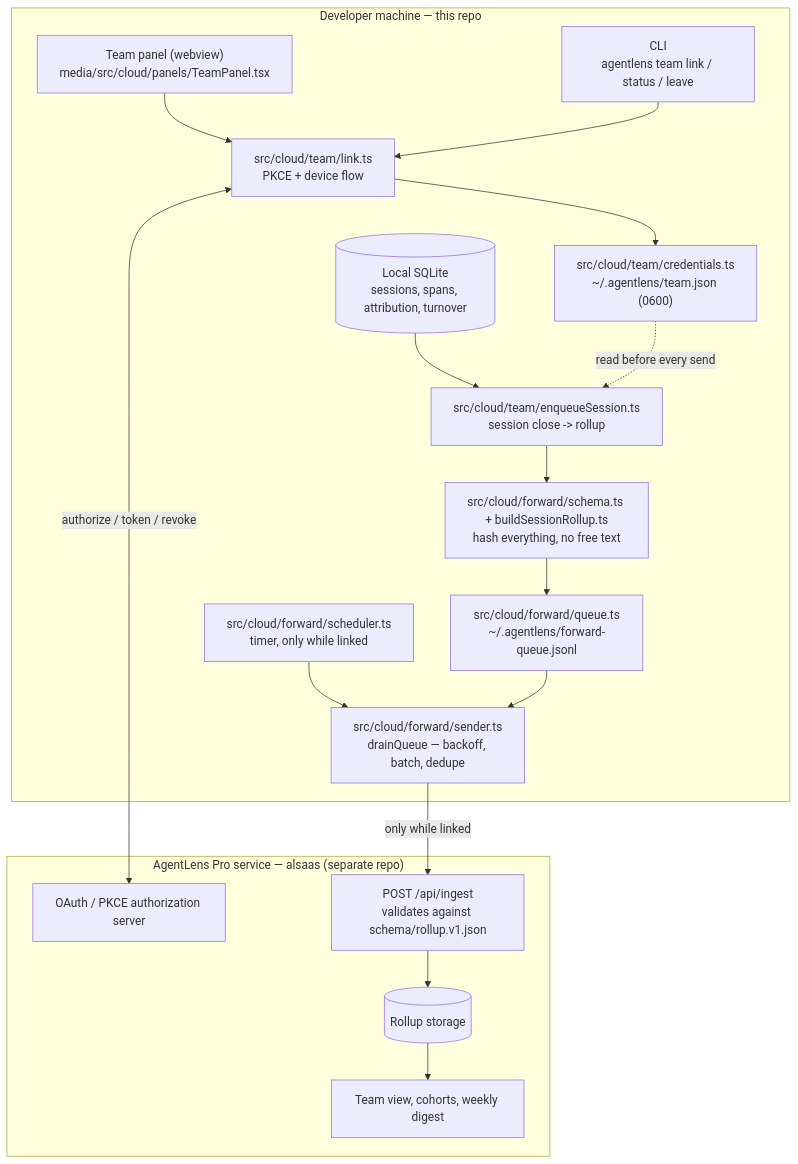
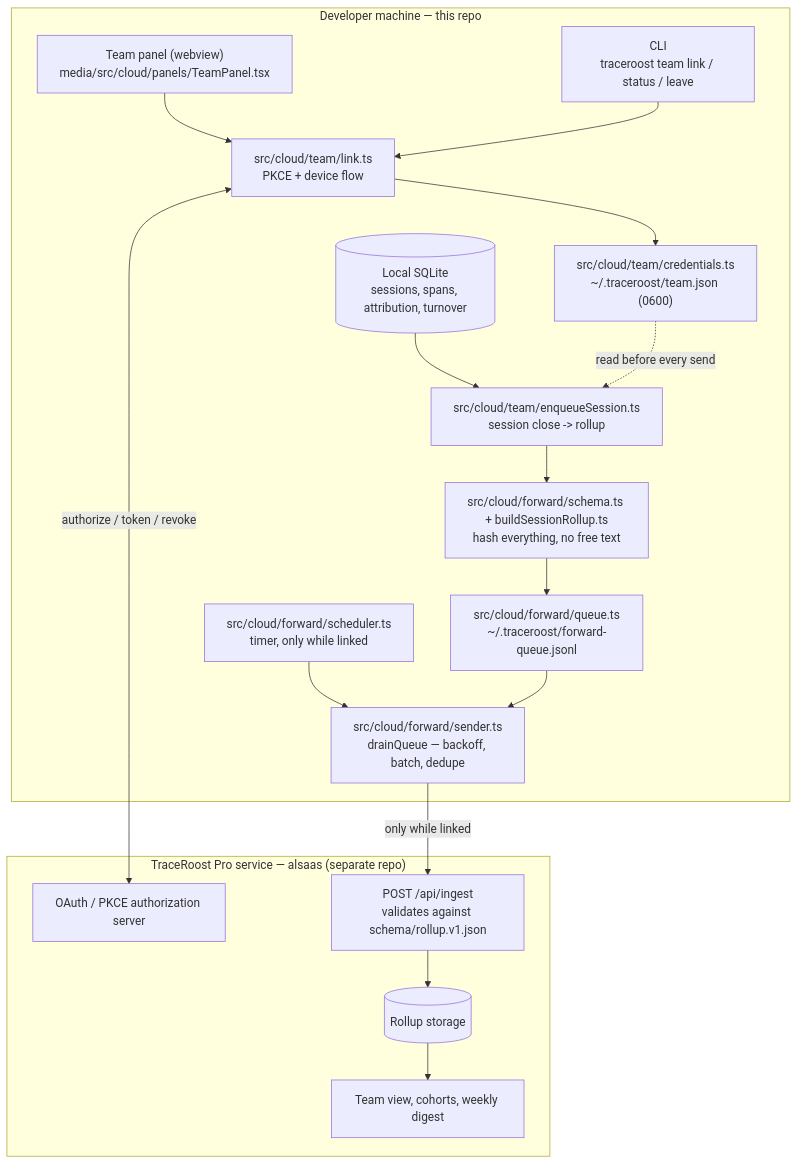
One commit to traceroost/core changed the first of 2 diagrams in CLOUD_ARCHITECTURE.md. Above: the diagram before and after it, drawn with Mermaid. The commit also changed other lines of this file and 41 other files, not shown here.

````diff
--- a/CLOUD_ARCHITECTURE.md
+++ b/CLOUD_ARCHITECTURE.md
@@ -36,34 +36,34 @@
 ```mermaid
 graph TB
     subgraph Machine["Developer machine — this repo"]
         PANEL["Team panel (webview)<br/>media/src/cloud/panels/TeamPanel.tsx"]
-        CLI["CLI<br/>agentlens team link / status / leave"]
+        CLI["CLI<br/>traceroost team link / status / leave"]
         LINK["src/cloud/team/link.ts<br/>PKCE + device flow"]
-        CRED["src/cloud/team/credentials.ts<br/>~/.agentlens/team.json (0600)"]
+        CRED["src/cloud/team/credentials.ts<br/>~/.traceroost/team.json (0600)"]
         ENQ["src/cloud/team/enqueueSession.ts<br/>session close -> rollup"]
         SCHEMA["src/cloud/forward/schema.ts + buildSessionRollup.ts<br/>hash everything, no free text"]
-        QUEUE["src/cloud/forward/queue.ts<br/>~/.agentlens/forward-queue.jsonl"]
+        QUEUE["src/cloud/forward/queue.ts<br/>~/.traceroost/forward-queue.jsonl"]
         SCHED["src/cloud/forward/scheduler.ts<br/>timer, only while linked"]
         SEND["src/cloud/forward/sender.ts<br/>drainQueue — backoff, batch, dedupe"]
         LOCAL[("Local SQLite<br/>sessions, spans, attribution, turnover")]
     end
 
-    subgraph Service["AgentLens Pro service — alsaas (separate repo)"]
+    subgraph Service["TraceRoost Pro service — alsaas (separate repo)"]
         OAUTH["OAuth / PKCE authorization server"]
         INGEST["POST /api/ingest<br/>validates against schema/rollup.v1.json"]
         STORE[("Rollup storage")]
         VIEWS["Team view, cohorts, weekly digest"]
     end
 
     PANEL --> LINK
     CLI --> LINK
     LINK <-->|"authorize / token / revoke"| OAUTH
     LINK --> CRED
     LOCAL --> ENQ
     CRED -.->|"read before every send"| ENQ
     ENQ --> SCHEMA --> QUEUE
     SCHED --> SEND
     QUEUE --> SEND
     SEND -->|"only while linked"| INGEST
     INGEST --> STORE --> VIEWS
 ```
````
